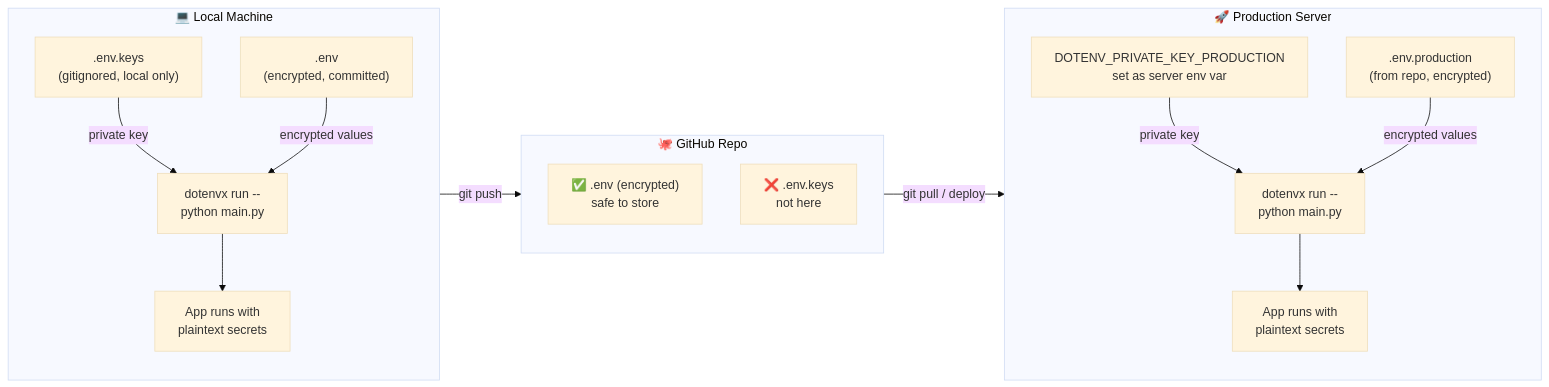
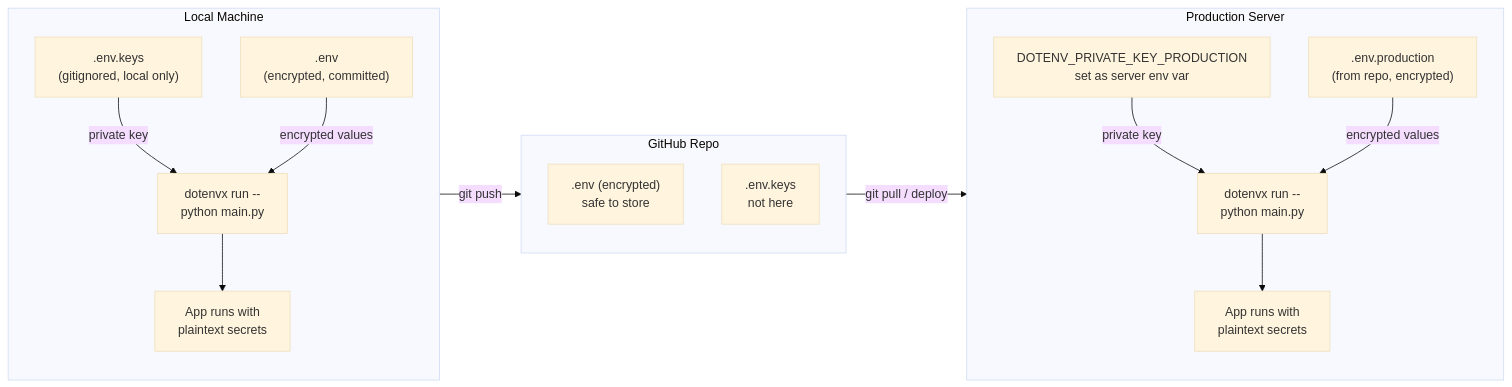
Before and after one commit to dtg-lucifer/piush.in: diagram 11 of 11 in public/articles/2026_04_30_encrypting_your_env_with_dotenvx.md, drawn with Mermaid (base theme). The commit also changed other lines of this file and 1 other file, not shown here.

````diff
--- a/public/articles/2026_04_30_encrypting_your_env_with_dotenvx.md
+++ b/public/articles/2026_04_30_encrypting_your_env_with_dotenvx.md
@@ -667,30 +693,30 @@
 ```mermaid
 flowchart LR
-    subgraph Local["💻 Local Machine"]
+    subgraph Local["Local Machine"]
         direction TB
         ENV[".env\n(encrypted, committed)"]
         KEYS[".env.keys\n(gitignored, local only)"]
         RUN1["dotenvx run --\npython main.py"]
         KEYS -->|"private key"| RUN1
         ENV -->|"encrypted values"| RUN1
         RUN1 --> APP1["App runs with\nplaintext secrets"]
     end
 
-    subgraph Repo["🐙 GitHub Repo"]
+    subgraph Repo["GitHub Repo"]
         direction TB
-        EENV["✅ .env (encrypted)\nsafe to store"]
-        NOKEYS["❌ .env.keys\nnot here"]
+        EENV[".env (encrypted)\nsafe to store"]
+        NOKEYS[".env.keys\nnot here"]
     end
 
-    subgraph Prod["🚀 Production Server"]
+    subgraph Prod["Production Server"]
         direction TB
         ENVVAR["DOTENV_PRIVATE_KEY_PRODUCTION\nset as server env var"]
         RUN2["dotenvx run --\npython main.py"]
         ENVVAR -->|"private key"| RUN2
         EENV2[".env.production\n(from repo, encrypted)"] -->|"encrypted values"| RUN2
         RUN2 --> APP2["App runs with\nplaintext secrets"]
     end
 
     Local -->|"git push"| Repo
     Repo -->|"git pull / deploy"| Prod
 ```
````
